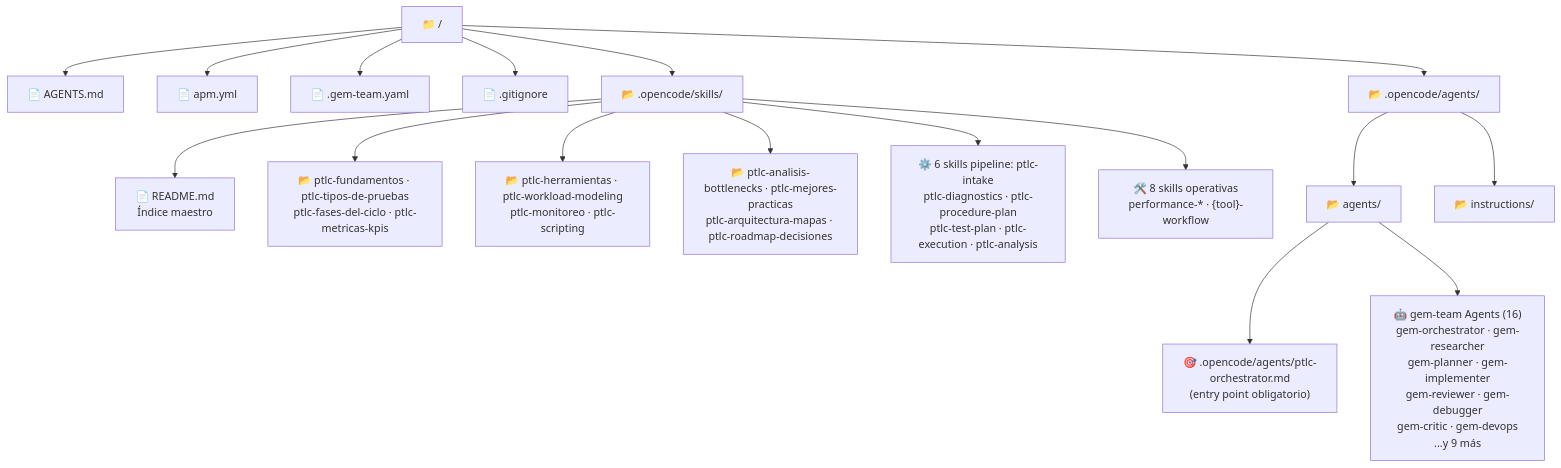
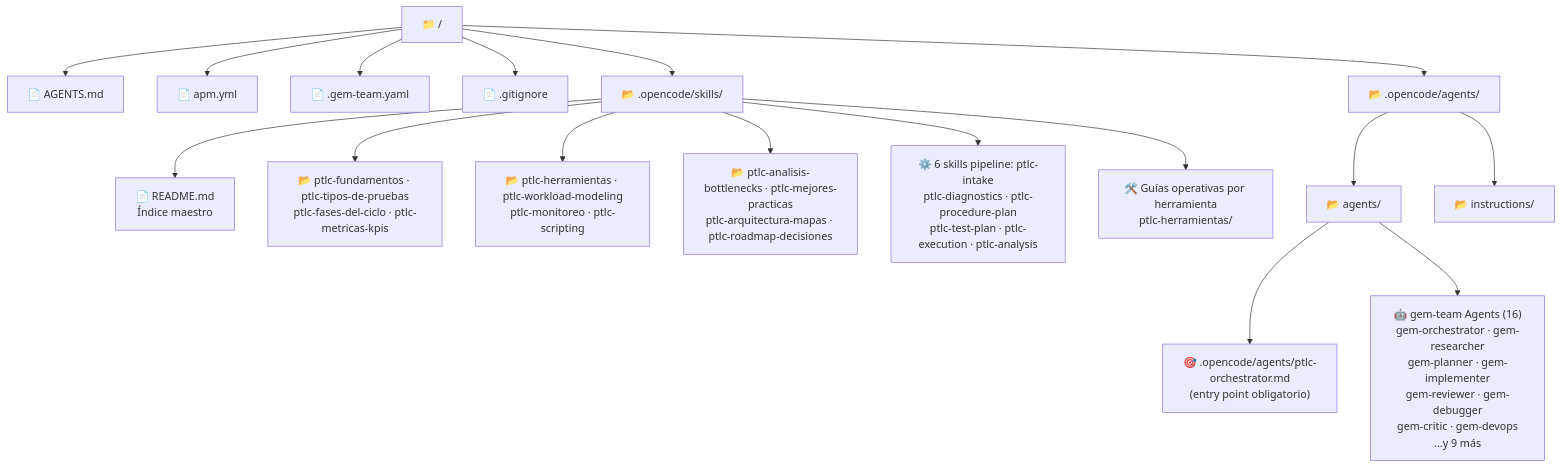
One commit to criquil/Intelligent_Performance_Test_Orchstrator changed the fifth of 7 diagrams in .opencode/skills/ptlc-arquitectura-mapas/MAP.md. Above: the diagram before and after it, drawn with Mermaid. The commit also changed other lines of this file and 40 other files, not shown here.

````diff
--- a/.opencode/skills/ptlc-arquitectura-mapas/MAP.md
+++ b/.opencode/skills/ptlc-arquitectura-mapas/MAP.md
@@ -203,24 +203,24 @@
 ```mermaid
 graph TD
     ROOT["📁 /"]
 
     ROOT --> CLAUDE_F["📄 AGENTS.md"]
     ROOT --> APM_F["📄 apm.yml"]
     ROOT --> GEM_F["📄 .gem-team.yaml"]
     ROOT --> GIT_F["📄 .gitignore"]
     ROOT --> SK_ROOT_F["📂 .opencode/skills/"]
     ROOT --> GH_F["📂 .opencode/agents/"]
 
     SK_ROOT_F --> README_SK["📄 README.md\nÍndice maestro"]
     SK_ROOT_F --> K1["📂 ptlc-fundamentos · ptlc-tipos-de-pruebas\nptlc-fases-del-ciclo · ptlc-metricas-kpis"]
     SK_ROOT_F --> K2["📂 ptlc-herramientas · ptlc-workload-modeling\nptlc-monitoreo · ptlc-scripting"]
     SK_ROOT_F --> K3["📂 ptlc-analisis-bottlenecks · ptlc-mejores-practicas\nptlc-arquitectura-mapas · ptlc-roadmap-decisiones"]
     SK_ROOT_F --> K4["⚙️ 6 skills pipeline: ptlc-intake\nptlc-diagnostics · ptlc-procedure-plan\nptlc-test-plan · ptlc-execution · ptlc-analysis"]
-    SK_ROOT_F --> K5["🛠️ 8 skills operativas\nperformance-* · {tool}-workflow"]
+    SK_ROOT_F --> K5["🛠️ Guías operativas por herramienta\nptlc-herramientas/"]
 
     GH_F --> AG_F["📂 agents/"]
     GH_F --> INS_F["📂 instructions/"]
 
     AG_F --> PTLC_AG["🎯 .opencode/agents/ptlc-orchestrator.md\n(entry point obligatorio)"]
     AG_F --> GEM_AG["🤖 gem-team Agents (16)\ngem-orchestrator · gem-researcher\ngem-planner · gem-implementer\ngem-reviewer · gem-debugger\ngem-critic · gem-devops\n...y 9 más"]
 ```
````
